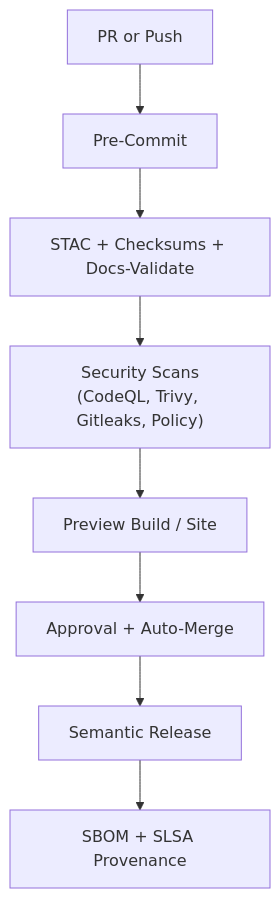
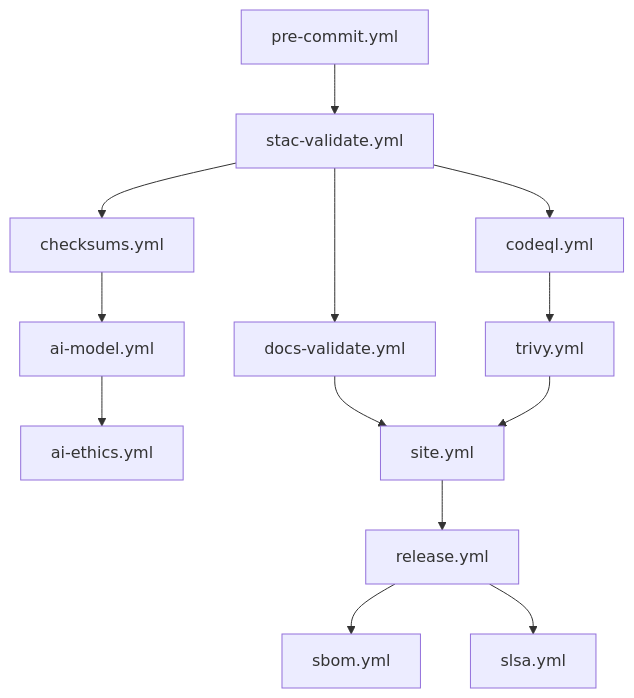
One commit to bartytime4life/Kansas-Frontier-Matrix changed the diagram in .github/workflows/README.md. Above: the diagram before and after it, drawn with Mermaid. The commit also changed other lines of this file, not shown here.

````diff
--- a/.github/workflows/README.md
+++ b/.github/workflows/README.md
@@ -98,11 +87,15 @@
 ```mermaid
-flowchart TD
-  A["PR or Push"] --> B["Pre-Commit"]
-  B --> C["STAC + Checksums + Docs-Validate"]
-  C --> D["Security Scans<br/>(CodeQL, Trivy, Gitleaks, Policy)"]
-  D --> E["Preview Build / Site"]
-  E --> F["Approval + Auto-Merge"]
-  F --> G["Semantic Release"]
-  G --> H["SBOM + SLSA Provenance"]
-%% END OF MERMAID
+graph TD
+  A["pre-commit.yml"] --> B["stac-validate.yml"]
+  B --> C["checksums.yml"]
+  B --> D["docs-validate.yml"]
+  B --> E["codeql.yml"]
+  E --> F["trivy.yml"]
+  C --> G["ai-model.yml"]
+  G --> H["ai-ethics.yml"]
+  D --> I["site.yml"]
+  F --> I
+  I --> J["release.yml"]
+  J --> K["sbom.yml"]
+  J --> L["slsa.yml"]
 ```
````
